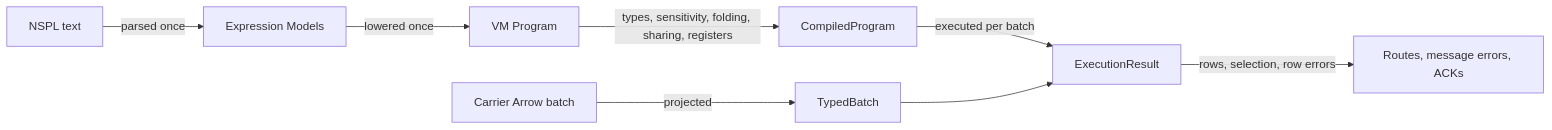
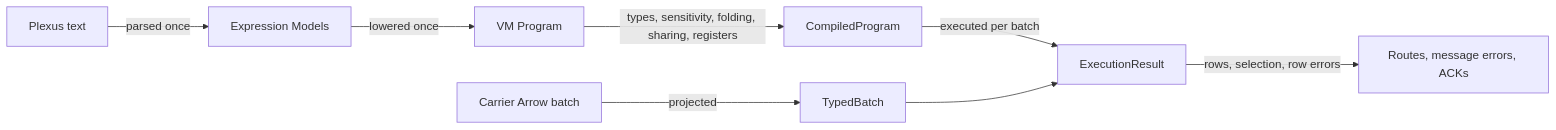
The diagram in docs/src/vm-functions.md (nervix-io/nervix), drawn with Mermaid before and after one commit. The commit also changed other lines of this file and 889 other files, not shown here.

First line of the commit message:
refactor(plexus): rename the graph definition language

````diff
--- a/docs/src/vm-functions.md
+++ b/docs/src/vm-functions.md
@@ -92,10 +92,10 @@
 ```mermaid
 flowchart LR
-    Text["NSPL text"] -->|parsed once| Model["Expression Models"]
+    Text["Plexus text"] -->|parsed once| Model["Expression Models"]
     Model -->|lowered once| Program["VM Program"]
     Program -->|"types, sensitivity, folding, sharing, registers"| Compiled["CompiledProgram"]
     Compiled -->|"executed per batch"| Result["ExecutionResult"]
     Carrier["Carrier Arrow batch"] -->|projected| Input["TypedBatch"]
     Input --> Result
     Result -->|"rows, selection, row errors"| Host["Routes, message errors, ACKs"]
 ```
````
